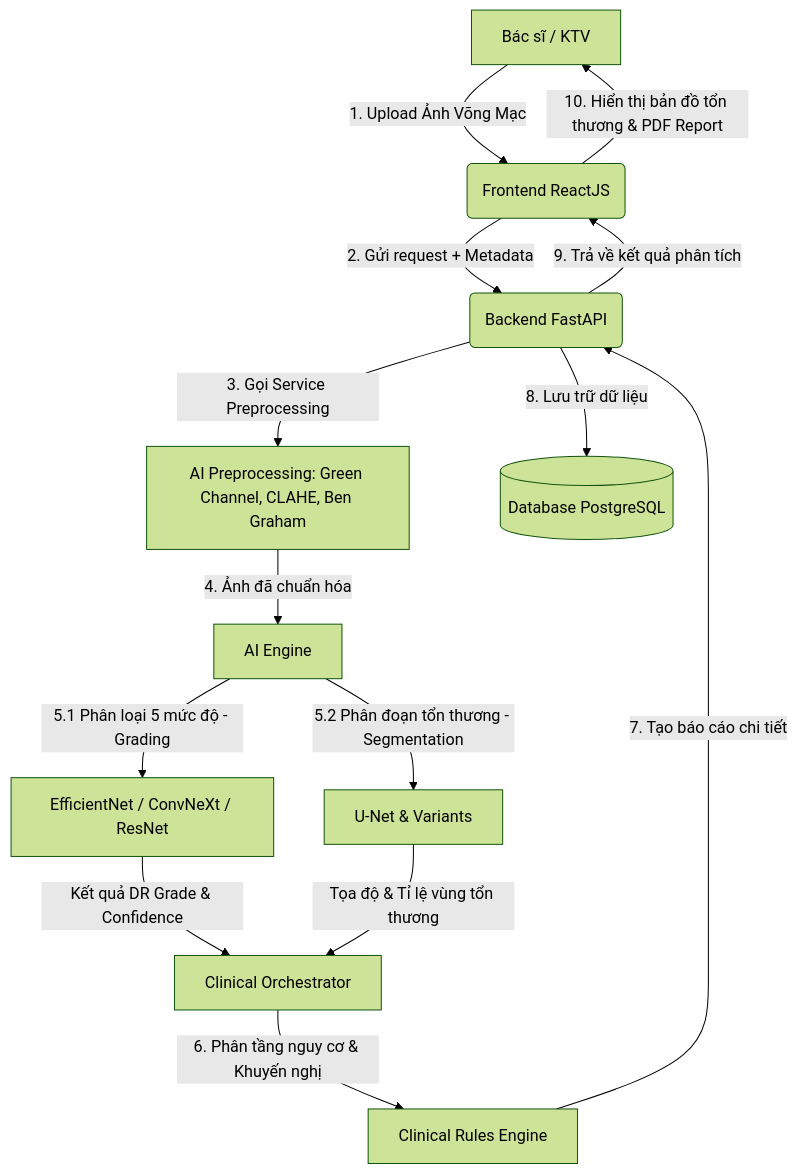
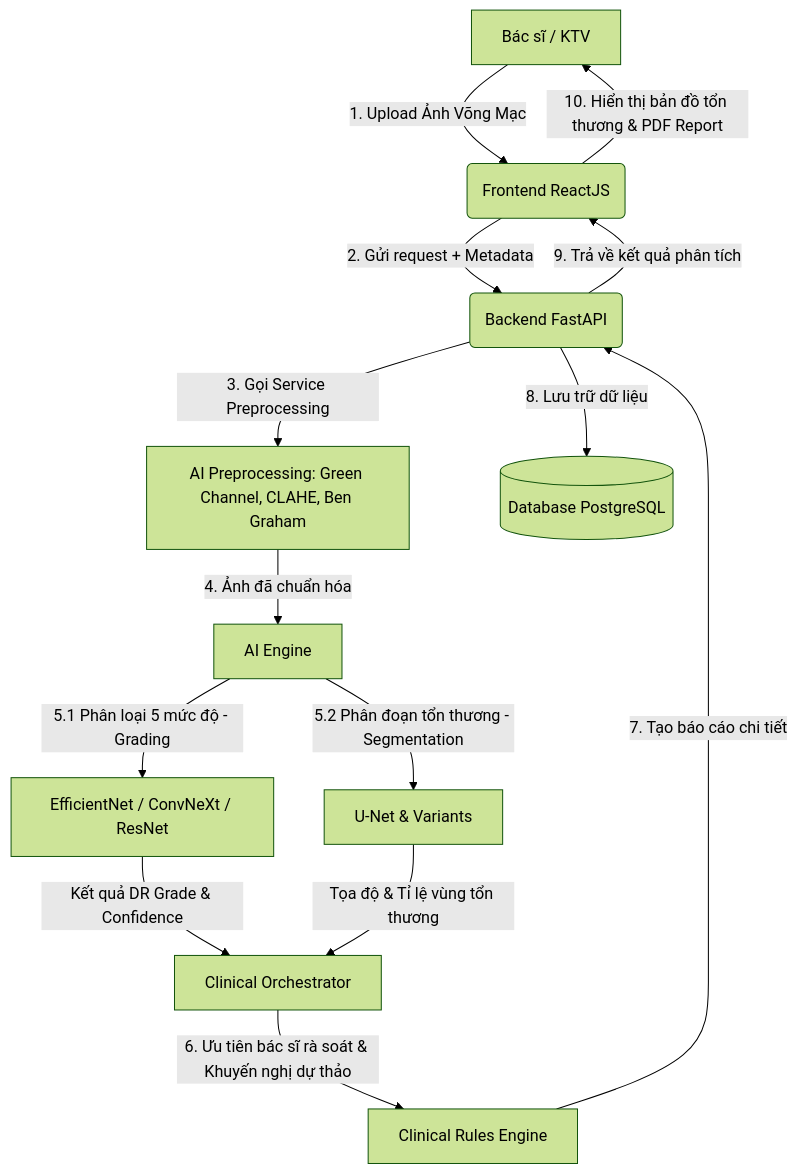
One commit to Bang334/dr-diagnostic-system changed the diagram in README.md. Above: the diagram before and after it, drawn with Mermaid (forest theme). The commit also changed other lines of this file and 47 other files, not shown here.

````diff
--- a/README.md
+++ b/README.md
@@ -12,16 +12,16 @@
 ```mermaid
 graph TD
     A[Bác sĩ / KTV] -->|1. Upload Ảnh Võng Mạc| B(Frontend ReactJS)
     B -->|2. Gửi request + Metadata| C(Backend FastAPI)
     C -->|3. Gọi Service Preprocessing| D[AI Preprocessing: Green Channel, CLAHE, Ben Graham]
     D -->|4. Ảnh đã chuẩn hóa| E[AI Engine]
     E -->|5.1 Phân loại 5 mức độ - Grading| F[EfficientNet / ConvNeXt / ResNet]
     E -->|5.2 Phân đoạn tổn thương - Segmentation| G[U-Net & Variants]
     F -->|Kết quả DR Grade & Confidence| H[Clinical Orchestrator]
     G -->|Tọa độ & Tỉ lệ vùng tổn thương| H
-    H -->|6. Phân tầng nguy cơ & Khuyến nghị| I[Clinical Rules Engine]
+    H -->|6. Ưu tiên bác sĩ rà soát & Khuyến nghị dự thảo| I[Clinical Rules Engine]
     I -->|7. Tạo báo cáo chi tiết| C
     C -->|8. Lưu trữ dữ liệu| J[(Database PostgreSQL)]
     C -->|9. Trả về kết quả phân tích| B
     B -->|10. Hiển thị bản đồ tổn thương & PDF Report| A
 ```
````
